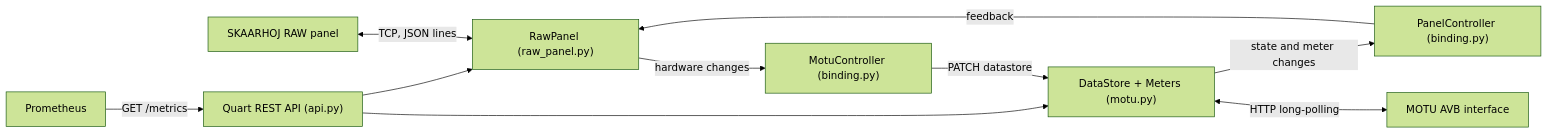
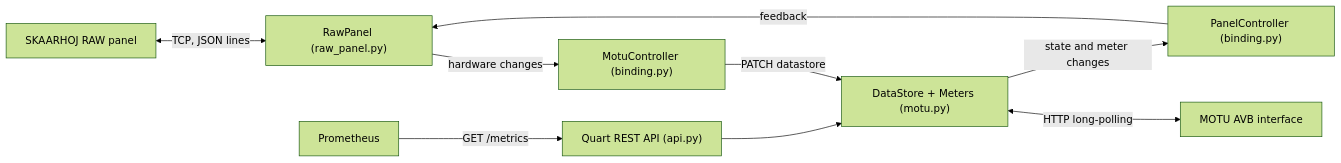
Before and after one commit to yukinmax/motu-client: the diagram in README.md, drawn with Mermaid (forest theme). The commit also changed other lines of this file and 6 other files, not shown here.

````diff
--- a/README.md
+++ b/README.md
@@ -30,12 +30,11 @@
 ```mermaid
 flowchart LR
     Panel["SKAARHOJ RAW panel"] <-->|"TCP, JSON lines"| RP["RawPanel (raw_panel.py)"]
     RP -->|"hardware changes"| MC["MotuController (binding.py)"]
     MC -->|"PATCH datastore"| DS["DataStore + Meters (motu.py)"]
     DS <-->|"HTTP long-polling"| Motu["MOTU AVB interface"]
     DS -->|"state and meter changes"| PC["PanelController (binding.py)"]
     PC -->|"feedback"| RP
     API["Quart REST API (api.py)"] --> DS
-    API --> RP
     Prom["Prometheus"] -->|"GET /metrics"| API
 ```
````
